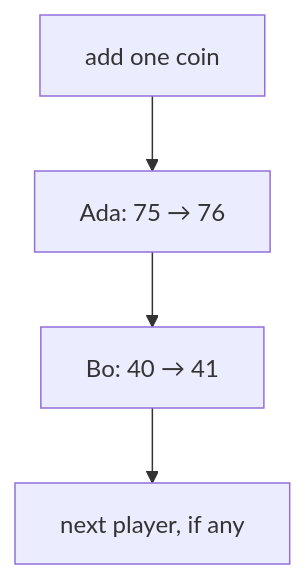
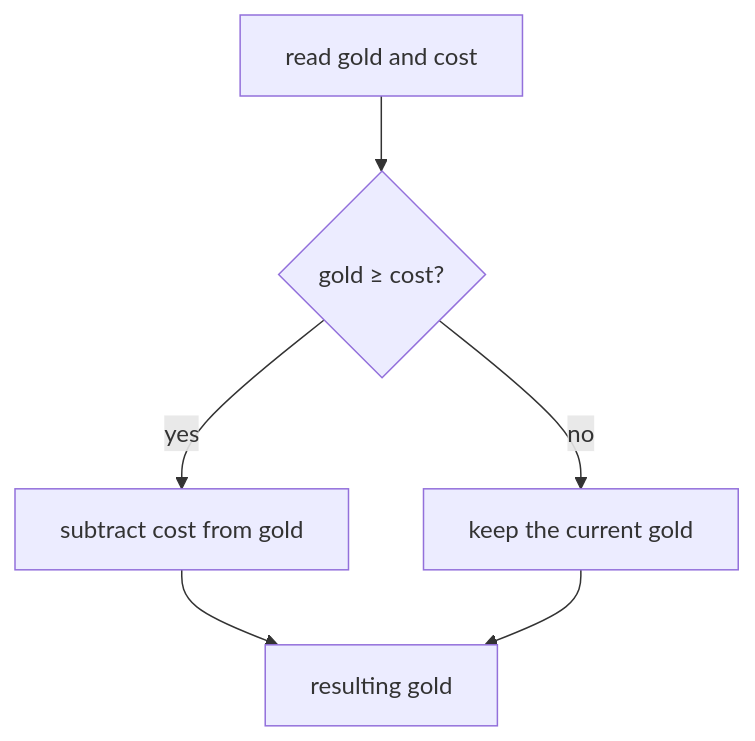
Before and after one commit to MustCodeAl/rust-game-hacking-book: the second of 3 diagrams in site/src/content/docs/pages/1/04.mdx, drawn with Mermaid. The commit also changed other lines of this file and 96 other files, not shown here.

````diff
--- a/site/src/content/docs/pages/1/04.mdx
+++ b/site/src/content/docs/pages/1/04.mdx
@@ -110,6 +122,8 @@
 ```mermaid
 flowchart TD
-    Rule["add one coin"] --> Ada["Ada: 75 → 76"]
-    Ada --> Bo["Bo: 40 → 41"]
-    Bo --> More["next player, if any"]
+    Start["read gold and cost"] --> Check{"gold ≥ cost?"}
+    Check -->|"yes"| Subtract["subtract cost from gold"]
+    Check -->|"no"| Keep["keep the current gold"]
+    Subtract --> Result["resulting gold"]
+    Keep --> Result
 ```
````
